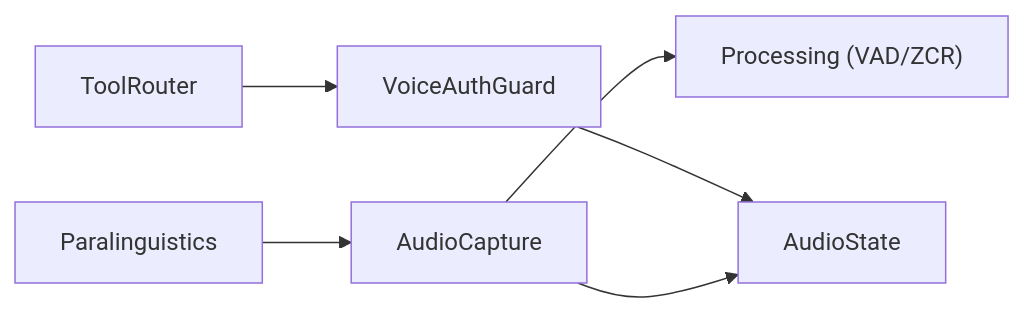
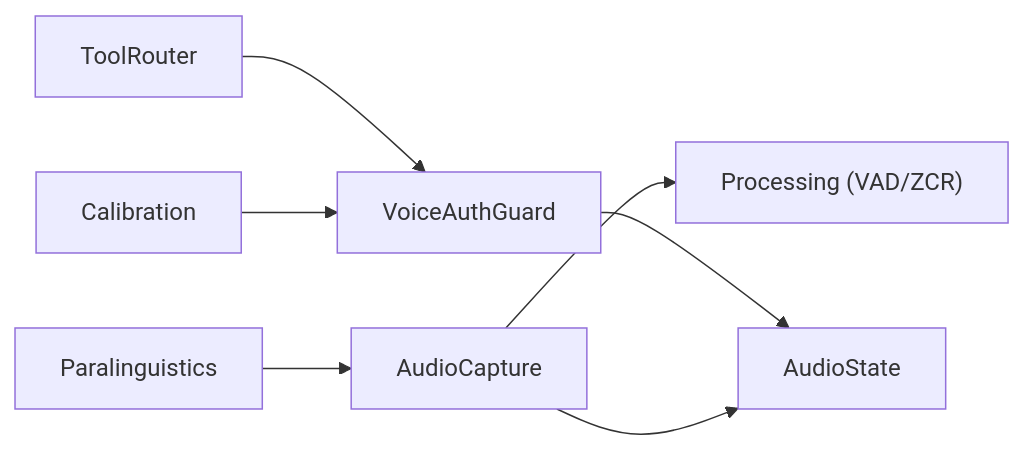
The ninth of 9 diagrams in .qoder/repowiki/en/content/Security and Authentication/Biometric Security/Voice Authentication.md (Moeabdelaziz007/Aether-Voice-OS), drawn with Mermaid before and after one commit. The commit also changed other lines of this file and 29 other files, not shown here.

````diff
--- a/.qoder/repowiki/en/content/Security and Authentication/Biometric Security/Voice Authentication.md
+++ b/.qoder/repowiki/en/content/Security and Authentication/Biometric Security/Voice Authentication.md
@@ -276,8 +311,9 @@
 ```mermaid
 graph LR
 VA["VoiceAuthGuard"] --> ST["AudioState"]
 CAP["AudioCapture"] --> PR["Processing (VAD/ZCR)"]
 CAP --> ST
 PL["Paralinguistics"] --> CAP
 RT["ToolRouter"] --> VA
+CAL["Calibration"] --> VA
 ```
````
